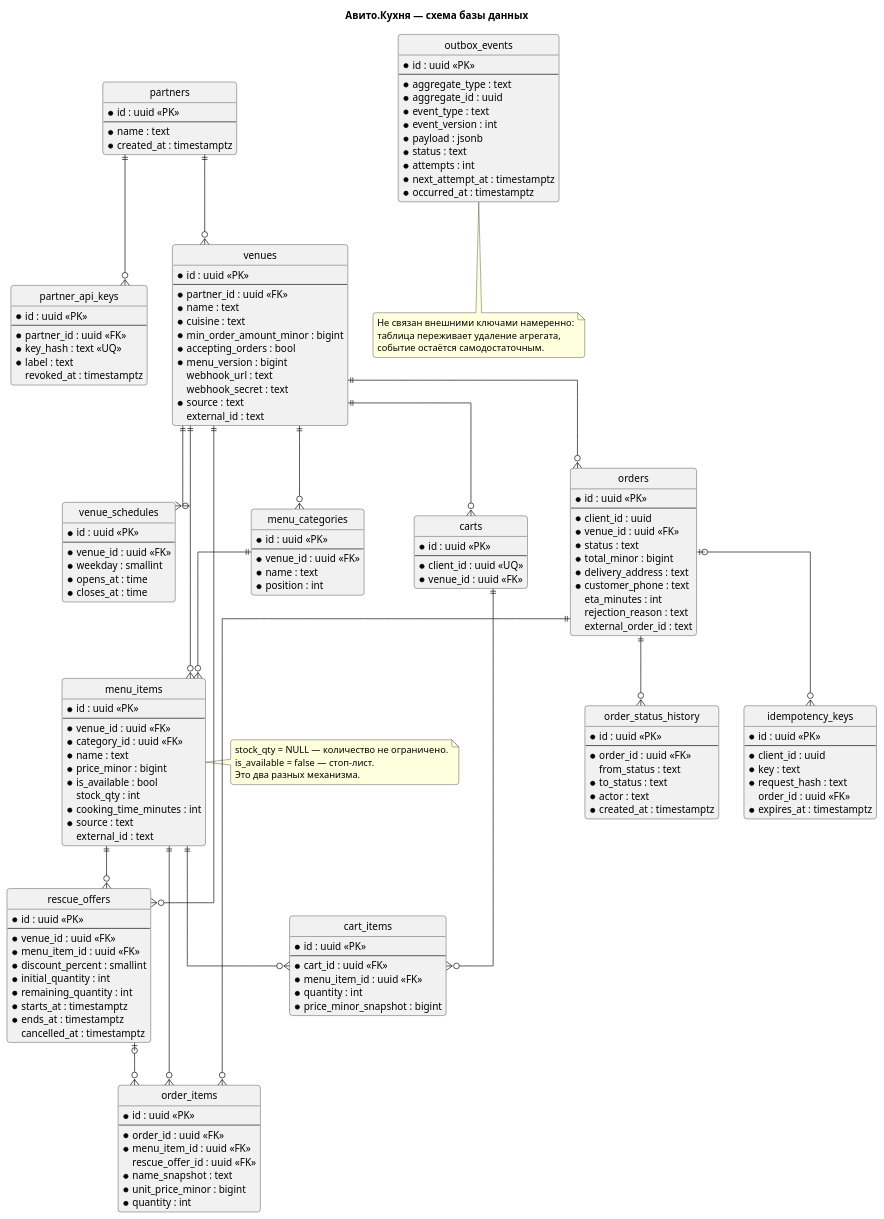
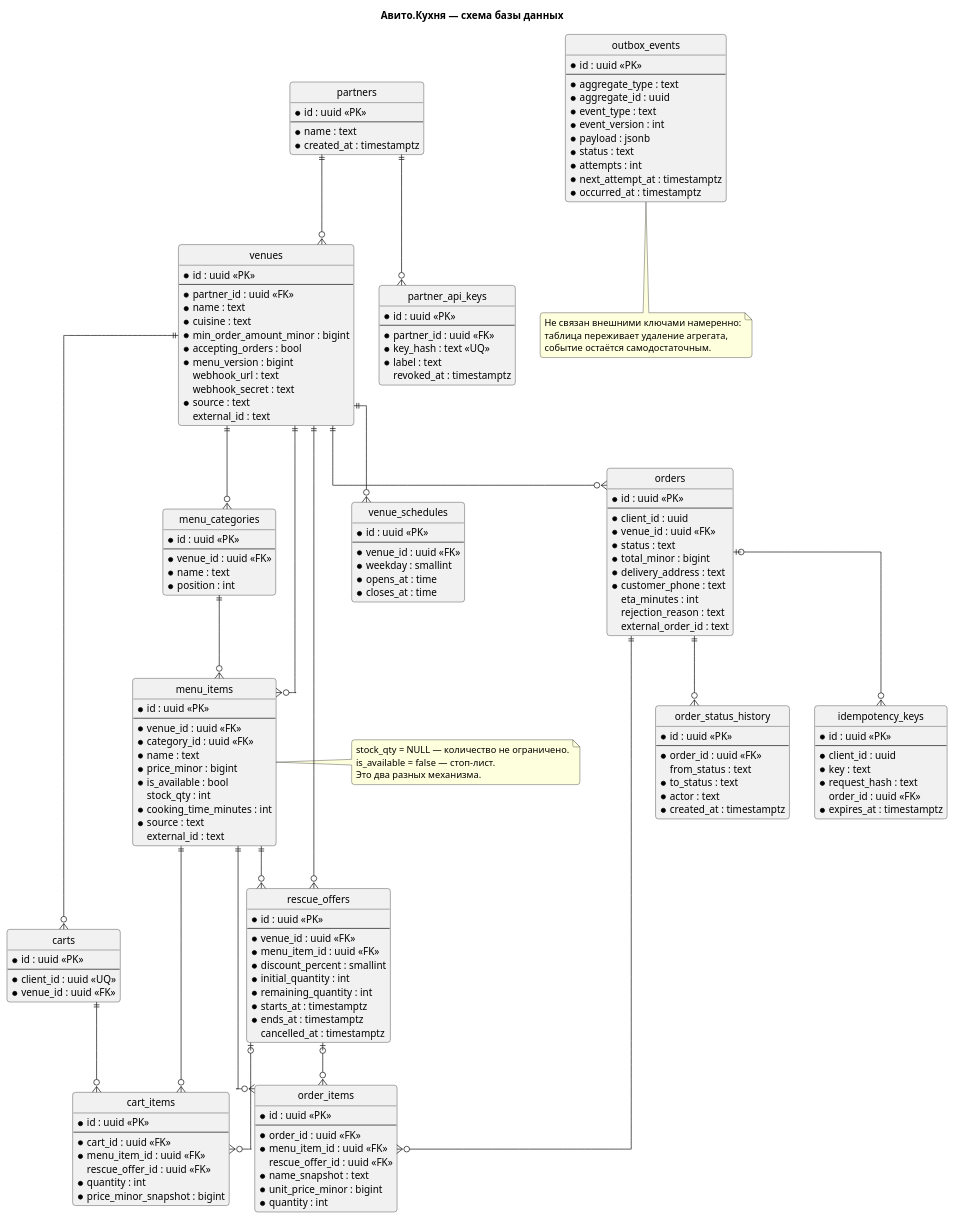
The diagram in docs/erd.puml (XZ-Legendary-56/avito-kitchen-mvp), drawn with PlantUML before and after one commit. The commit also changed 24 other files, not shown here.

```diff
--- a/docs/erd.puml
+++ b/docs/erd.puml
@@ -1,188 +1,190 @@
 @startuml erd
 title Авито.Кухня — схема базы данных
 
 hide circle
 skinparam linetype ortho
 skinparam roundcorner 8
 
 entity "partners" as partners {
   * id : uuid <<PK>>
   --
   * name : text
   * created_at : timestamptz
 }
 
 entity "partner_api_keys" as keys {
   * id : uuid <<PK>>
   --
   * partner_id : uuid <<FK>>
   * key_hash : text <<UQ>>
   * label : text
   revoked_at : timestamptz
 }
 
 entity "venues" as venues {
   * id : uuid <<PK>>
   --
   * partner_id : uuid <<FK>>
   * name : text
   * cuisine : text
   * min_order_amount_minor : bigint
   * accepting_orders : bool
   * menu_version : bigint
   webhook_url : text
   webhook_secret : text
   * source : text
   external_id : text
 }
 
 entity "venue_schedules" as schedules {
   * id : uuid <<PK>>
   --
   * venue_id : uuid <<FK>>
   * weekday : smallint
   * opens_at : time
   * closes_at : time
 }
 
 entity "menu_categories" as categories {
   * id : uuid <<PK>>
   --
   * venue_id : uuid <<FK>>
   * name : text
   * position : int
 }
 
 entity "menu_items" as items {
   * id : uuid <<PK>>
   --
   * venue_id : uuid <<FK>>
   * category_id : uuid <<FK>>
   * name : text
   * price_minor : bigint
   * is_available : bool
   stock_qty : int
   * cooking_time_minutes : int
   * source : text
   external_id : text
 }
 
 entity "rescue_offers" as rescue {
   * id : uuid <<PK>>
   --
   * venue_id : uuid <<FK>>
   * menu_item_id : uuid <<FK>>
   * discount_percent : smallint
   * initial_quantity : int
   * remaining_quantity : int
   * starts_at : timestamptz
   * ends_at : timestamptz
   cancelled_at : timestamptz
 }
 
 entity "carts" as carts {
   * id : uuid <<PK>>
   --
   * client_id : uuid <<UQ>>
   * venue_id : uuid <<FK>>
 }
 
 entity "cart_items" as cartitems {
   * id : uuid <<PK>>
   --
   * cart_id : uuid <<FK>>
   * menu_item_id : uuid <<FK>>
+  rescue_offer_id : uuid <<FK>>
   * quantity : int
   * price_minor_snapshot : bigint
 }
 
 entity "orders" as orders {
   * id : uuid <<PK>>
   --
   * client_id : uuid
   * venue_id : uuid <<FK>>
   * status : text
   * total_minor : bigint
   * delivery_address : text
   * customer_phone : text
   eta_minutes : int
   rejection_reason : text
   external_order_id : text
 }
 
 entity "order_items" as orderitems {
   * id : uuid <<PK>>
   --
   * order_id : uuid <<FK>>
   * menu_item_id : uuid <<FK>>
   rescue_offer_id : uuid <<FK>>
   * name_snapshot : text
   * unit_price_minor : bigint
   * quantity : int
 }
 
 entity "order_status_history" as history {
   * id : uuid <<PK>>
   --
   * order_id : uuid <<FK>>
   from_status : text
   * to_status : text
   * actor : text
   * created_at : timestamptz
 }
 
 entity "idempotency_keys" as idem {
   * id : uuid <<PK>>
   --
   * client_id : uuid
   * key : text
   * request_hash : text
   order_id : uuid <<FK>>
   * expires_at : timestamptz
 }
 
 entity "outbox_events" as outbox {
   * id : uuid <<PK>>
   --
   * aggregate_type : text
   * aggregate_id : uuid
   * event_type : text
   * event_version : int
   * payload : jsonb
   * status : text
   * attempts : int
   * next_attempt_at : timestamptz
   * occurred_at : timestamptz
 }
 
 partners   ||--o{ keys
 partners   ||--o{ venues
 venues     ||--o{ schedules
 venues     ||--o{ categories
 venues     ||--o{ items
 categories ||--o{ items
 items      ||--o{ rescue
 venues     ||--o{ rescue
 venues     ||--o{ carts
 carts      ||--o{ cartitems
 items      ||--o{ cartitems
+rescue     |o--o{ cartitems
 venues     ||--o{ orders
 orders     ||--o{ orderitems
 items      ||--o{ orderitems
 rescue     |o--o{ orderitems
 orders     ||--o{ history
 orders     |o--o{ idem
 
 note bottom of outbox
   Не связан внешними ключами намеренно:
   таблица переживает удаление агрегата,
   событие остаётся самодостаточным.
 end note
 
 note right of items
   stock_qty = NULL — количество не ограничено.
   is_available = false — стоп-лист.
   Это два разных механизма.
 end note
 
 @enduml
```
